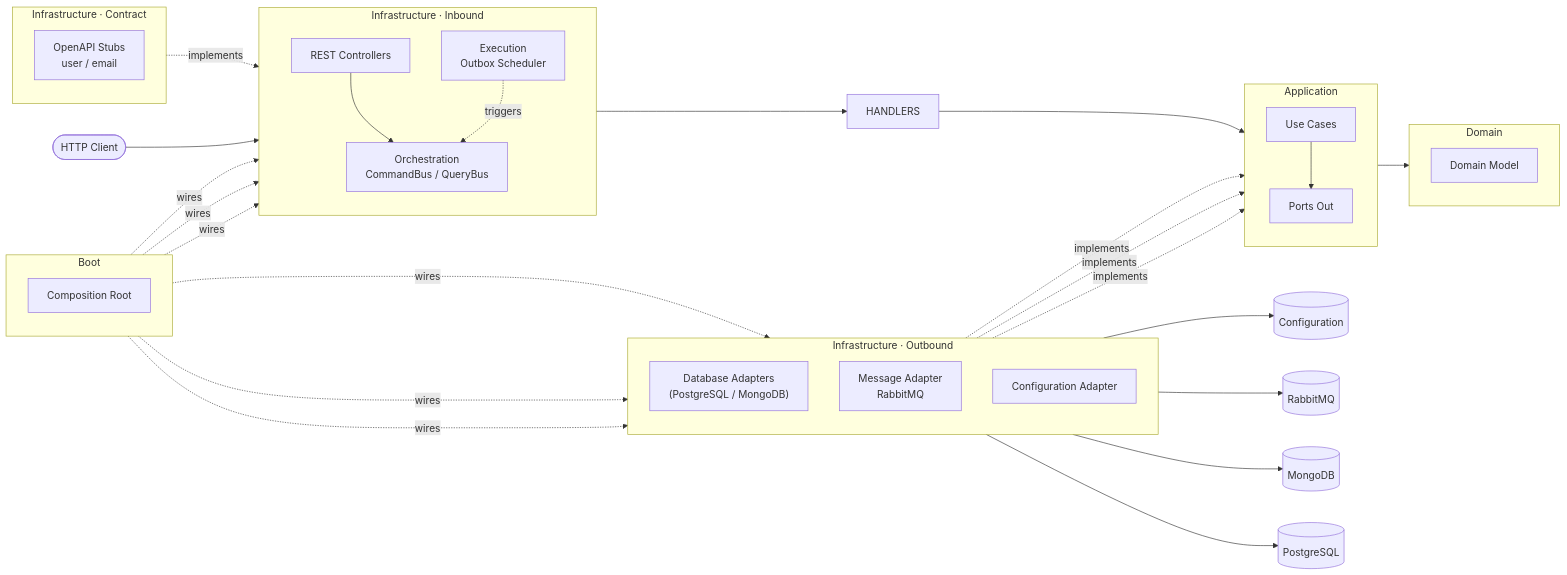
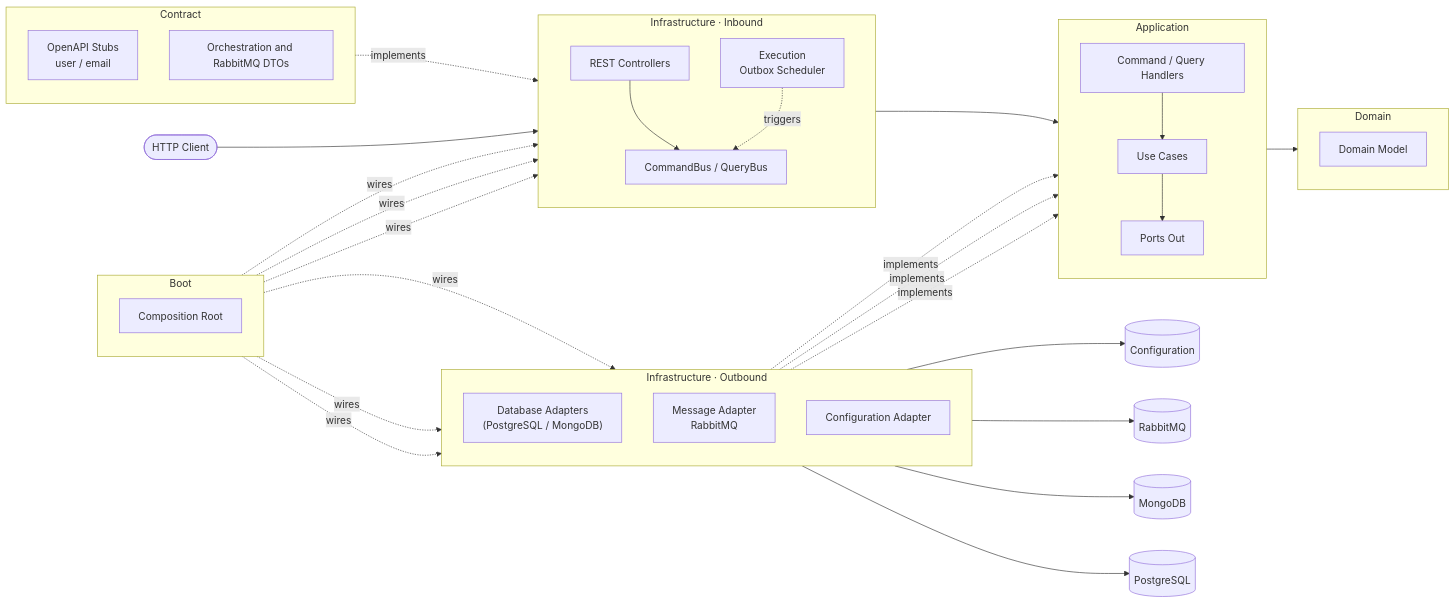
One commit to dmosquerad/Hexagonal-BE changed the diagram in README.md. Above: the diagram before and after it, drawn with Mermaid. The commit also changed other lines of this file and 423 other files, not shown here.

````diff
--- a/README.md
+++ b/README.md
@@ -68,67 +79,69 @@
 ```mermaid
 flowchart LR
     Client([HTTP Client])
     POSTGRES[(PostgreSQL)]
     MONGO[(MongoDB)]
     RABBIT[(RabbitMQ)]
     Config[(Configuration)]
 
-    subgraph CONTRACT["Infrastructure · Contract"]
+    subgraph CONTRACT["Contract"]
         direction TB
         OAS[OpenAPI Stubs\nuser / email]
+        DTO[Orchestration and RabbitMQ DTOs]
     end
 
     subgraph INBOUND["Infrastructure · Inbound"]
         direction TB
         REST[REST Controllers]
-        ORCH[Orchestration\nCommandBus / QueryBus]
+        BUS[CommandBus / QueryBus]
         EXEC[Execution\nOutbox Scheduler]
     end
 
     subgraph APP["Application"]
         direction TB
+        HANDLERS[Command / Query Handlers]
         UC[Use Cases]
         POUT[Ports Out]
     end
 
     subgraph DOMAIN["Domain"]
         direction TB
         MODEL[Domain Model]
     end
 
     subgraph OUTBOUND["Infrastructure · Outbound"]
         direction TB
         DB["Database Adapters\n(PostgreSQL / MongoDB)"]
         MSG[Message Adapter\nRabbitMQ]
         CFG[Configuration Adapter]
     end
 
     subgraph BOOT["Boot"]
         direction TB
         COMP[Composition Root]
     end
 
     OAS -.implements.-> REST
     Client --> REST
-    REST --> ORCH
-    ORCH --> HANDLERS
+    REST --> BUS
+    BUS --> HANDLERS
     HANDLERS --> UC
     UC --> MODEL
     UC --> POUT
     DB -.implements.-> POUT
     MSG -.implements.-> POUT
     CFG -.implements.-> POUT
     
     DB --> POSTGRES
     DB --> MONGO
     MSG --> RABBIT
-    EXEC -.triggers.-> ORCH
+    EXEC -.triggers.-> BUS
     CFG --> Config
 
     COMP -.wires.-> REST
-    COMP -.wires.-> ORCH
+    COMP -.wires.-> BUS
     COMP -.wires.-> EXEC
     COMP -.wires.-> DB
     COMP -.wires.-> MSG
     COMP -.wires.-> CFG
 ```
````
